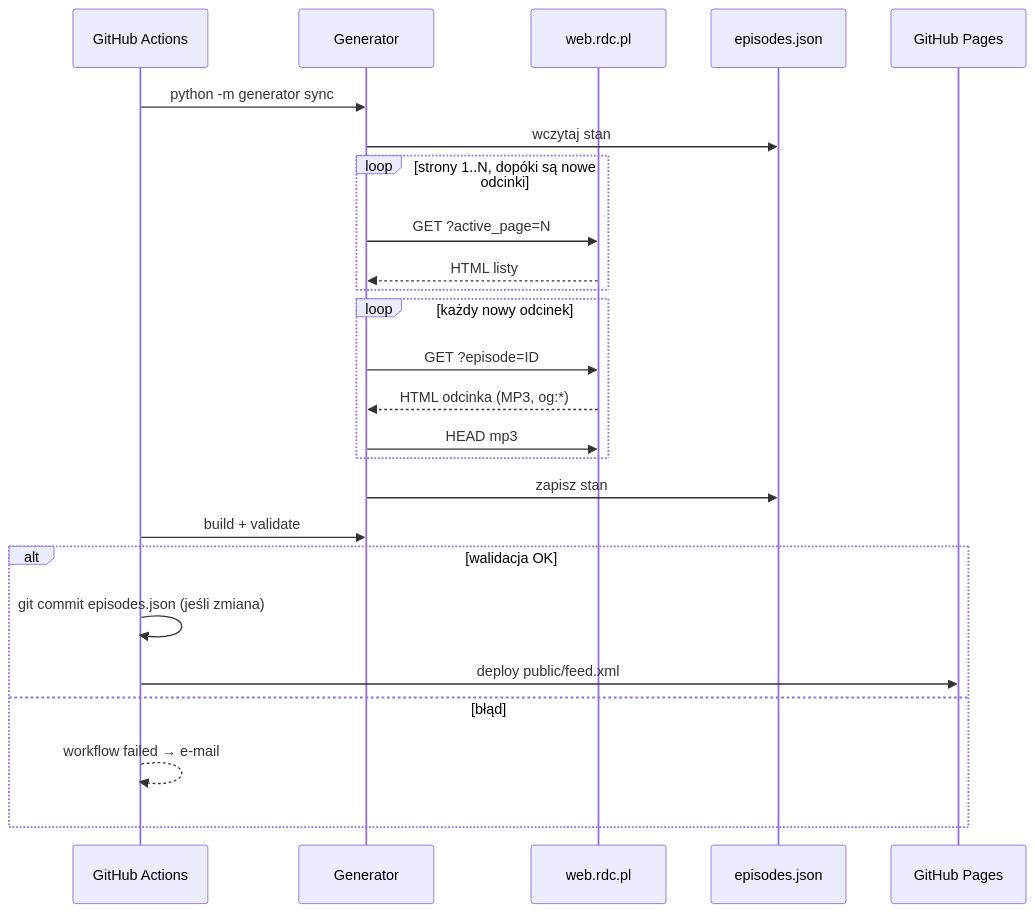
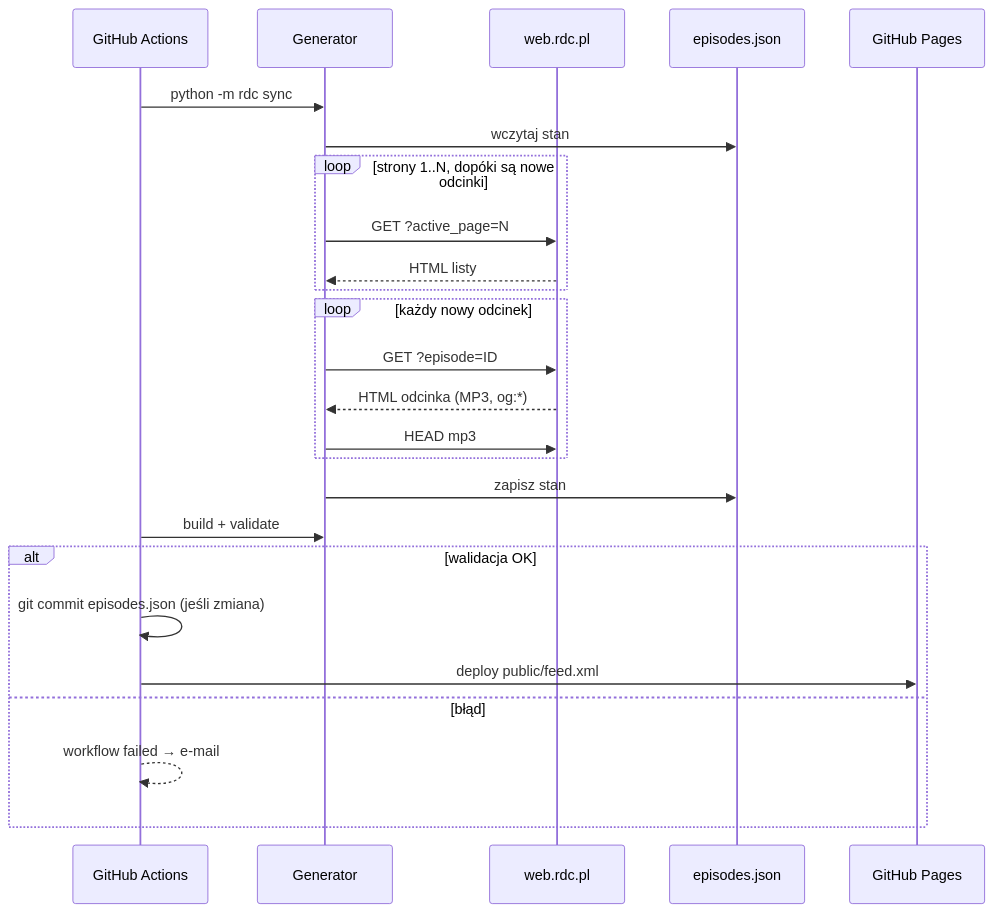
Before and after one commit to sulmar/rdc-z-innej-planety-rss: the second of 2 diagrams in docs/architecture.md, drawn with Mermaid. The commit also changed other lines of this file and 15 other files, not shown here.

Commit message:
Zmiana nazwy pakietu i polecenia z generator na rdc

````diff
--- a/docs/architecture.md
+++ b/docs/architecture.md
@@ -163,28 +163,28 @@
 ```mermaid
 sequenceDiagram
     participant A as GitHub Actions
     participant G as Generator
     participant R as web.rdc.pl
     participant S as episodes.json
     participant P as GitHub Pages
 
-    A->>G: python -m generator sync
+    A->>G: python -m rdc sync
     G->>S: wczytaj stan
     loop strony 1..N, dopóki są nowe odcinki
         G->>R: GET ?active_page=N
         R-->>G: HTML listy
     end
     loop każdy nowy odcinek
         G->>R: GET ?episode=ID
         R-->>G: HTML odcinka (MP3, og:*)
         G->>R: HEAD mp3
     end
     G->>S: zapisz stan
     A->>G: build + validate
     alt walidacja OK
         A->>A: git commit episodes.json (jeśli zmiana)
         A->>P: deploy public/feed.xml
     else błąd
         A-->>A: workflow failed → e-mail
     end
 ```
````
